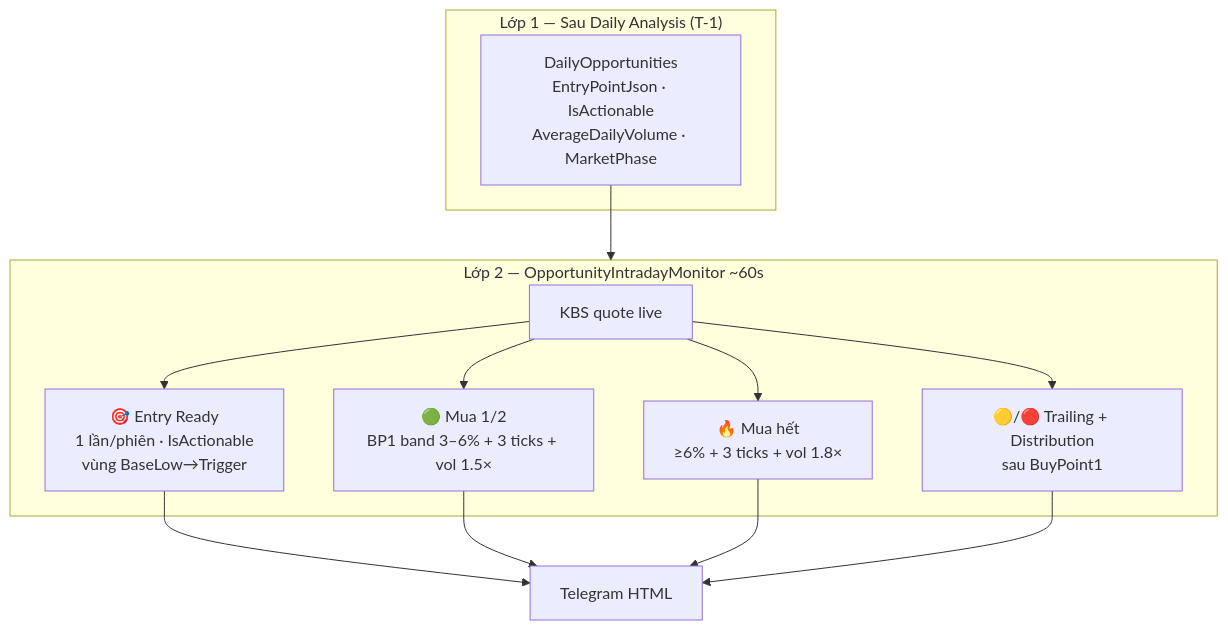
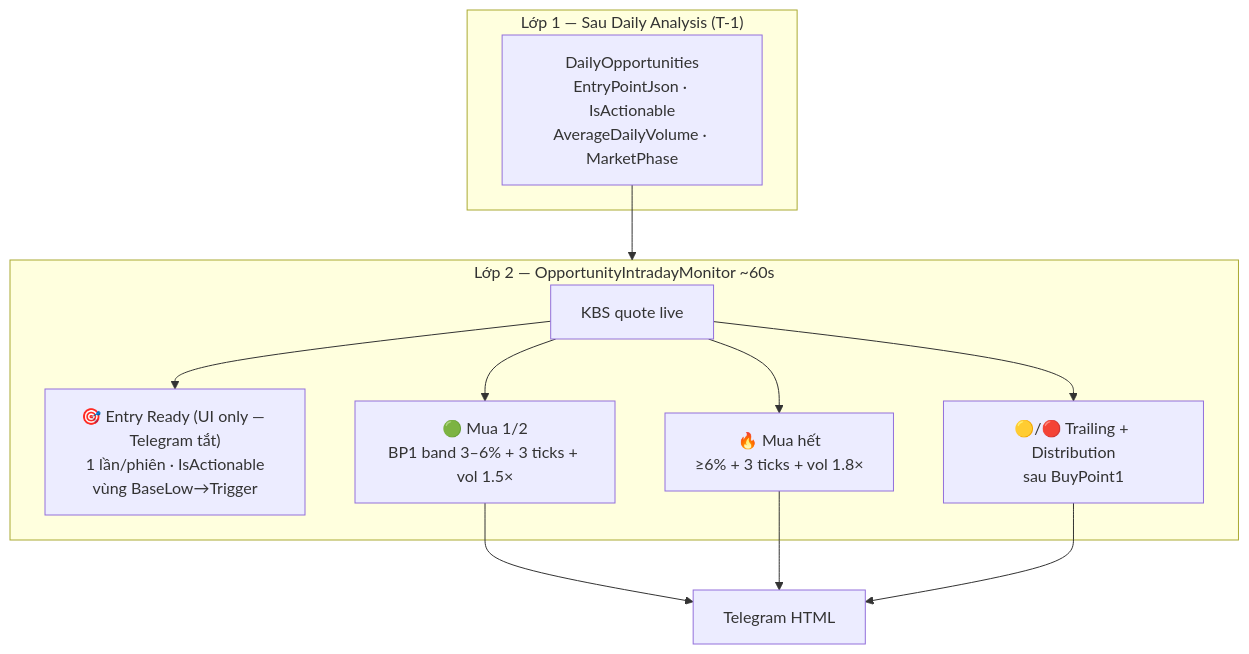
The fifth of 8 diagrams in docs/architecture.md (Benjamincntt/StockRadar), drawn with Mermaid before and after one commit. The commit also changed other lines of this file and 19 other files, not shown here.

````diff
--- a/docs/architecture.md
+++ b/docs/architecture.md
@@ -236,21 +254,20 @@
 ```mermaid
 flowchart TB
     subgraph T1["Lớp 1 — Sau Daily Analysis (T-1)"]
         DO["DailyOpportunities\nEntryPointJson · IsActionable\nAverageDailyVolume · MarketPhase"]
     end
 
     subgraph INTRA["Lớp 2 — OpportunityIntradayMonitor ~60s"]
         Q["KBS quote live"]
-        ER["🎯 Entry Ready\n1 lần/phiên · IsActionable\nvùng BaseLow→Trigger"]
+        ER["🎯 Entry Ready (UI only — Telegram tắt)\n1 lần/phiên · IsActionable\nvùng BaseLow→Trigger"]
         M1["🟢 Mua 1/2\nBP1 band 3–6% + 3 ticks + vol 1.5×"]
         M2["🔥 Mua hết\n≥6% + 3 ticks + vol 1.8×"]
         CUT["🟡/🔴 Trailing + Distribution\nsau BuyPoint1"]
         Q --> ER & M1 & M2 & CUT
     end
 
     DO --> INTRA
-    ER --> TG["Telegram HTML"]
-    M1 --> TG
+    M1 --> TG["Telegram HTML"]
     M2 --> TG
     CUT --> TG
 ```
````
